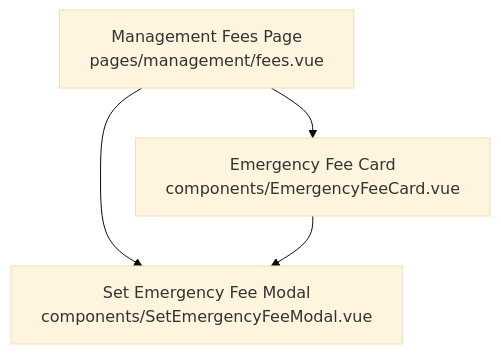
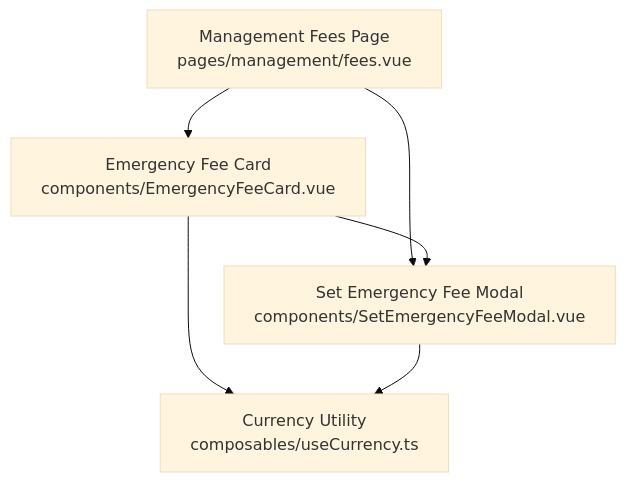
One commit to Lazynerd-Studios/lacarte-atlas-console changed the first of 7 diagrams in .qoder/repowiki/en/content/Business Modules/Emergency Fee Management.md. Above: the diagram before and after it, drawn with Mermaid (base theme). The commit also changed other lines of this file and 3 other files, not shown here.

````diff
--- a/.qoder/repowiki/en/content/Business Modules/Emergency Fee Management.md
+++ b/.qoder/repowiki/en/content/Business Modules/Emergency Fee Management.md
@@ -30,6 +41,8 @@
 ```mermaid
 graph TB
 FeesPage["Management Fees Page<br/>pages/management/fees.vue"] --> FeeCard["Emergency Fee Card<br/>components/EmergencyFeeCard.vue"]
 FeesPage --> SetModal["Set Emergency Fee Modal<br/>components/SetEmergencyFeeModal.vue"]
 FeeCard --> SetModal
+FeeCard --> CurrencyUtil["Currency Utility<br/>composables/useCurrency.ts"]
+SetModal --> CurrencyUtil
 ```
````
